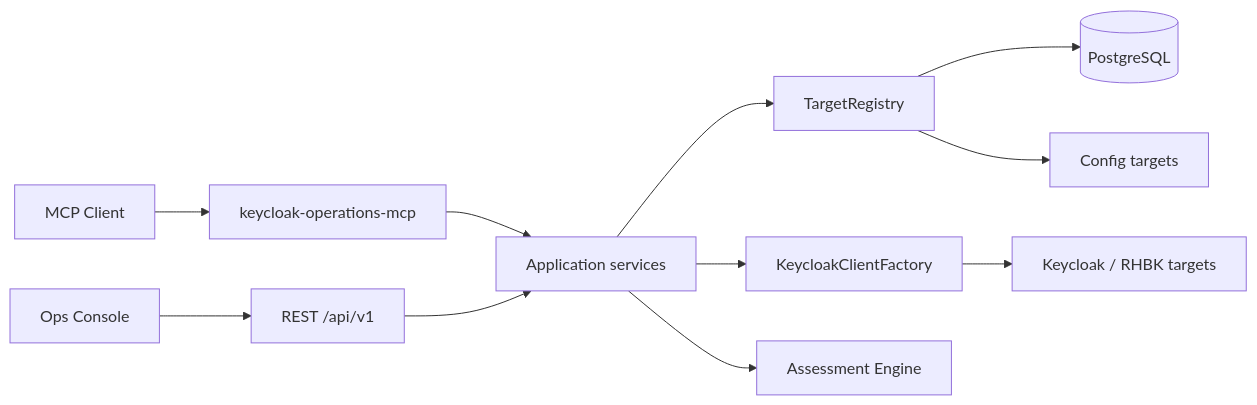
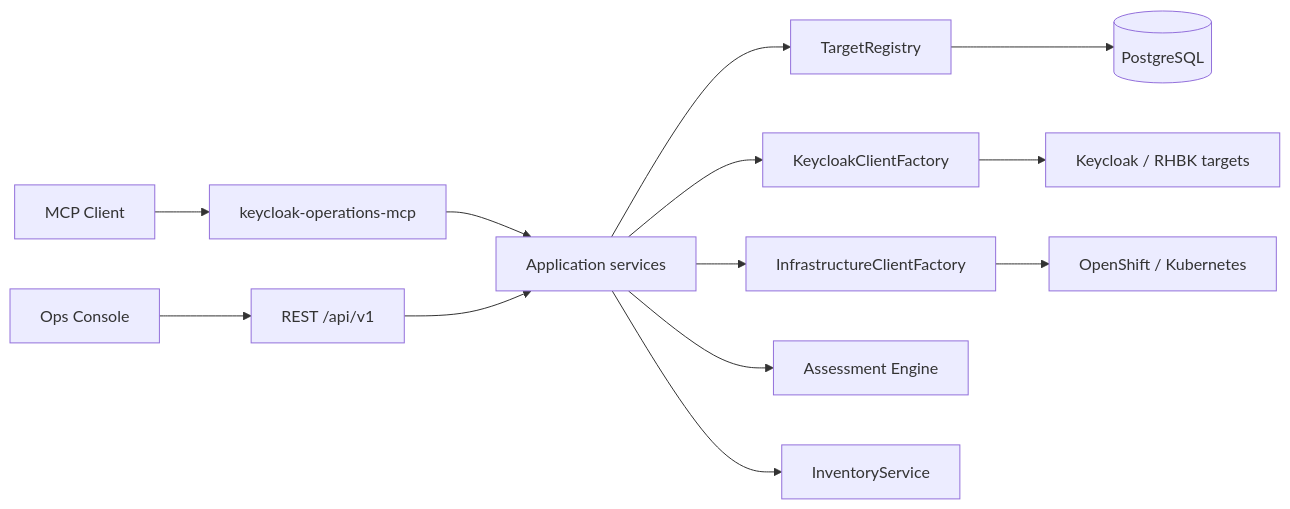
The diagram in README.md (csfreitas/keycloak-operations), drawn with Mermaid before and after one commit. The commit also changed other lines of this file and 54 other files, not shown here.

First line of the commit message:
Add OpenShift/Kubernetes discovery and infrastructure inventory (0.4).

````diff
--- a/README.md
+++ b/README.md
@@ -37,13 +38,15 @@
 ```mermaid
 flowchart LR
   Agent[MCP Client] --> MCP[keycloak-operations-mcp]
   UI[Ops Console] --> REST["REST /api/v1"]
   MCP --> SVC[Application services]
   REST --> SVC
   SVC --> Registry[TargetRegistry]
   Registry --> DB[(PostgreSQL)]
-  Registry --> Cfg[Config targets]
   SVC --> Factory[KeycloakClientFactory]
+  SVC --> InfraFactory[InfrastructureClientFactory]
   Factory --> KC[Keycloak / RHBK targets]
+  InfraFactory --> OCP[OpenShift / Kubernetes]
   SVC --> Assess[Assessment Engine]
+  SVC --> Inv[InventoryService]
 ```
````
